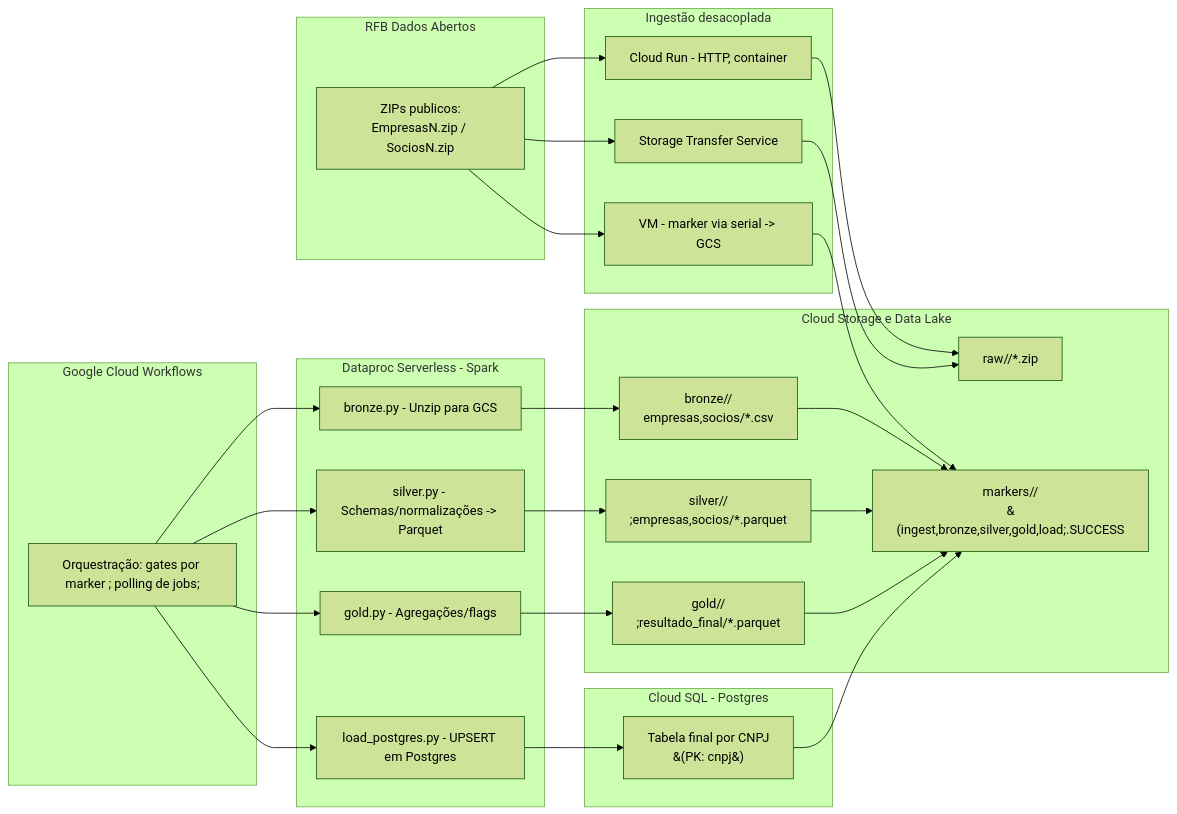
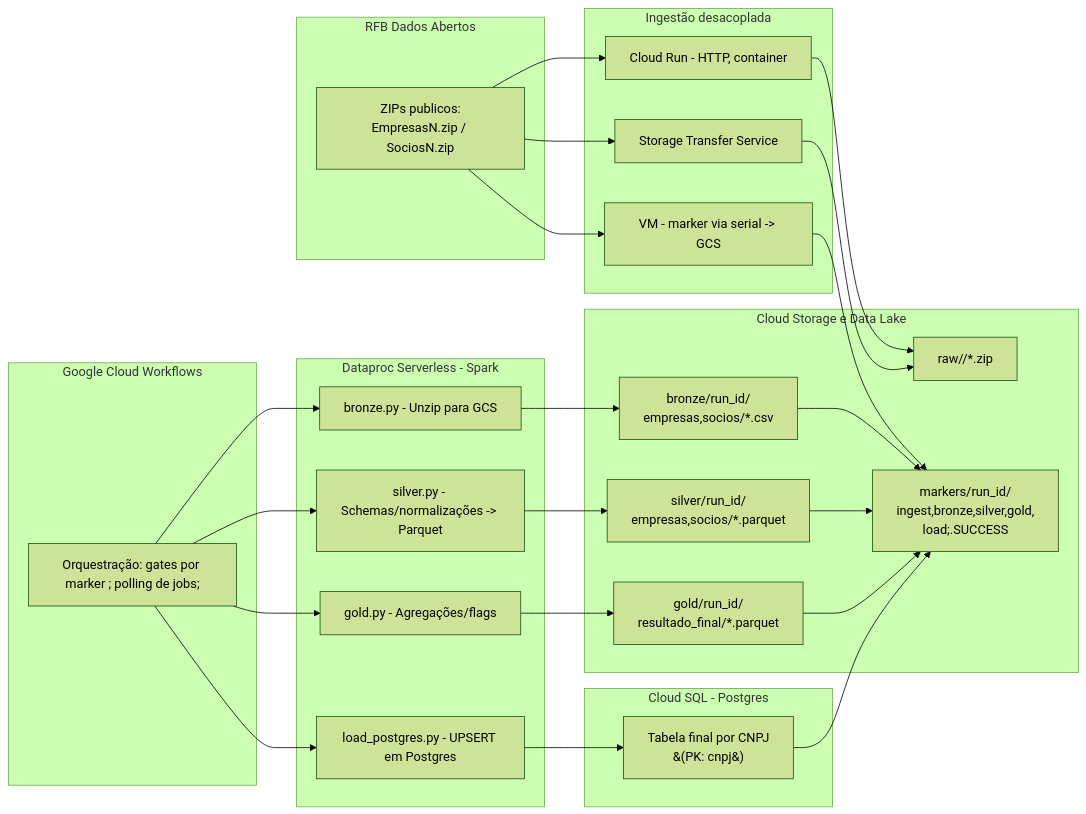
Before and after one commit to jaquerando/case_stone: the diagram in README.md, drawn with Mermaid (forest theme).

````diff
--- a/README.md
+++ b/README.md
@@ -48,54 +48,54 @@
 ```mermaid
 flowchart LR
 
   %% === SOURCES ===
   subgraph SRC["RFB Dados Abertos"]
     s1["ZIPs publicos:<br/>EmpresasN.zip / SociosN.zip"]
   end
 
   %% === INGEST ===
   subgraph ING["Ingestão desacoplada"]
     A["Cloud Run - HTTP, container"]
     B["Storage Transfer Service"]
     C["VM - marker via serial -> GCS"]
   end
 
   %% === STORAGE ===
   subgraph GCS["Cloud Storage e Data Lake"]
     raw["raw/<run_id>/*.zip"]
-    brz["bronze/<run_id>/<br/>empresas,socios/*.csv"]
-    slv["silver/<run_id>/<br/>;empresas,socios/*.parquet"]
-    gld["gold/<run_id>/<br/>;resultado_final/*.parquet"]
-    mrk["markers/<run_id>/<br/>&#40;ingest,bronze,silver,gold,load;.SUCCESS"]
+    brz["bronze/run_id/<br/>empresas,socios/*.csv"]
+    slv["silver/run_id/<br/>empresas,socios/*.parquet"]
+    gld["gold/run_id/<br/>resultado_final/*.parquet"]
+    mrk["markers/run_id/<br/>ingest,bronze,silver,gold, <br/>load;.SUCCESS"]
   end
 
   %% === WORKFLOWS ===
   subgraph WF["Google Cloud Workflows"]
     wf1["Orquestração: gates por marker ; polling de jobs;"]
   end
 
   %% === SPARK ===
   subgraph DP["Dataproc Serverless - Spark"]
     p1["bronze.py - Unzip para GCS"]
     p2["silver.py - Schemas/normalizações -> Parquet"]
     p3["gold.py - Agregações/flags"]
     p4["load_postgres.py - UPSERT em Postgres"]
   end
 
   %% === DB ===
   subgraph SQL["Cloud SQL - Postgres "]
     tbl["Tabela final por CNPJ<br/>&#40;PK: cnpj&#41;"]
   end
 
   %% === FLOWS ===
   s1 --> A & B & C
 
   A --> raw
   B --> raw
   C --> mrk
 
   wf1 --> p1 --> brz --> mrk
   wf1 --> p2 --> slv --> mrk
   wf1 --> p3 --> gld --> mrk
   wf1 --> p4 --> tbl --> mrk
 ```
````
